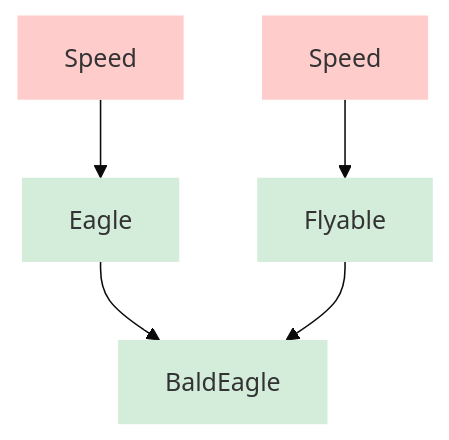
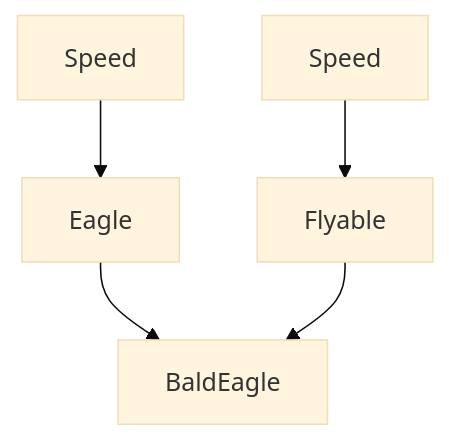
The first of 2 diagrams in docs/c++/INHERITANCE-AND-POLYMORPHISM.mdx (JoshBot-Debug/cheatsheet), drawn with Mermaid (base theme) before and after one commit. The commit also changed other lines of this file and 3 other files, not shown here.

````diff
--- a/docs/c++/INHERITANCE-AND-POLYMORPHISM.mdx
+++ b/docs/c++/INHERITANCE-AND-POLYMORPHISM.mdx
@@ -267,14 +267,11 @@
 ```mermaid
 graph TD;
     BE[BaldEagle]
     E[Eagle] --> BE
     F[Flyable] --> BE
     S1[Speed] --> E
     S2[Speed] --> F
 
-    style S1 fill:#ffcccc,stroke:none
-    style S2 fill:#ffcccc,stroke:none
-    style BE fill:#d4edda,stroke:none
-    style F fill:#d4edda,stroke:none
-    style E fill:#d4edda,stroke:none
+    class S1,S2 speedNode;
+    class BE,E,F birdNode;
 ```
````
